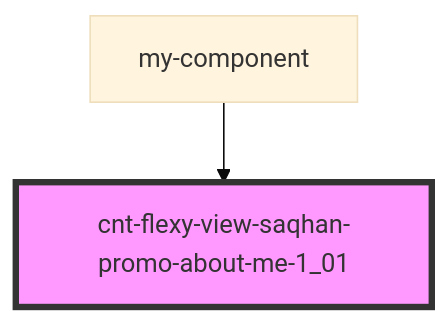
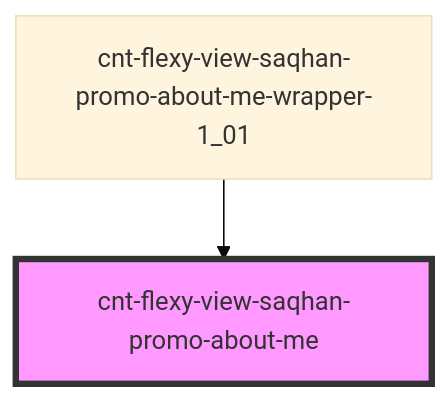
Before and after one commit to saqhan/s-promo: the diagram in src/components/cnt-flexy-view-saqhan-promo-about-me-wrapper/res/view/cnt-flexy-view-saqhan-promo-about-me/readme.md, drawn with Mermaid (base theme). The commit also changed other lines of this file and 167 other files, not shown here.

````diff
--- a/src/components/cnt-flexy-view-saqhan-promo-about-me-wrapper/res/view/cnt-flexy-view-saqhan-promo-about-me/readme.md
+++ b/src/components/cnt-flexy-view-saqhan-promo-about-me-wrapper/res/view/cnt-flexy-view-saqhan-promo-about-me/readme.md
@@ -22,5 +22,5 @@
 ```mermaid
 graph TD;
-  my-component --> cnt-flexy-view-saqhan-promo-about-me-1_01
-  style cnt-flexy-view-saqhan-promo-about-me-1_01 fill:#f9f,stroke:#333,stroke-width:4px
+  cnt-flexy-view-saqhan-promo-about-me-wrapper-1_01 --> cnt-flexy-view-saqhan-promo-about-me
+  style cnt-flexy-view-saqhan-promo-about-me fill:#f9f,stroke:#333,stroke-width:4px
 ```
````
